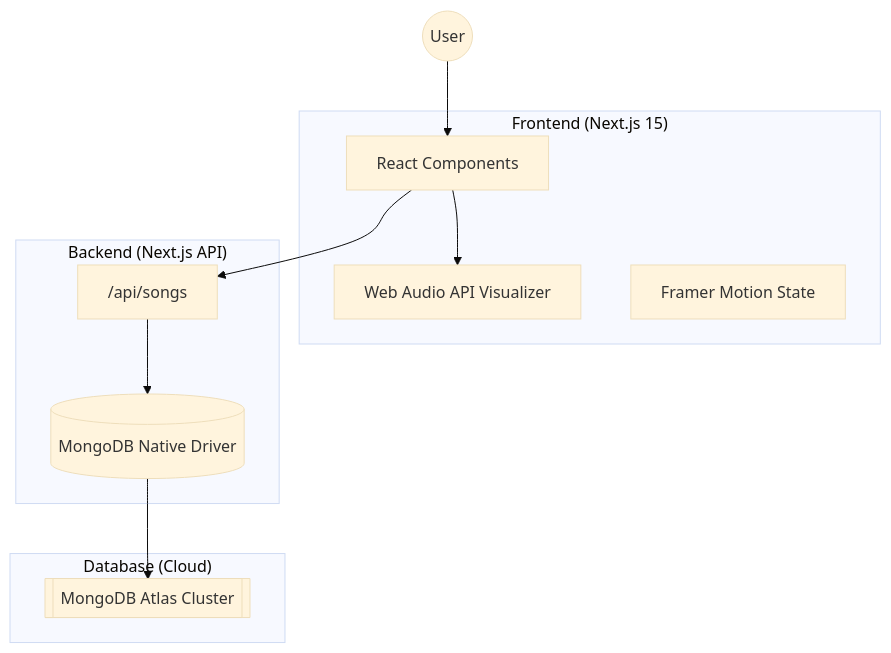
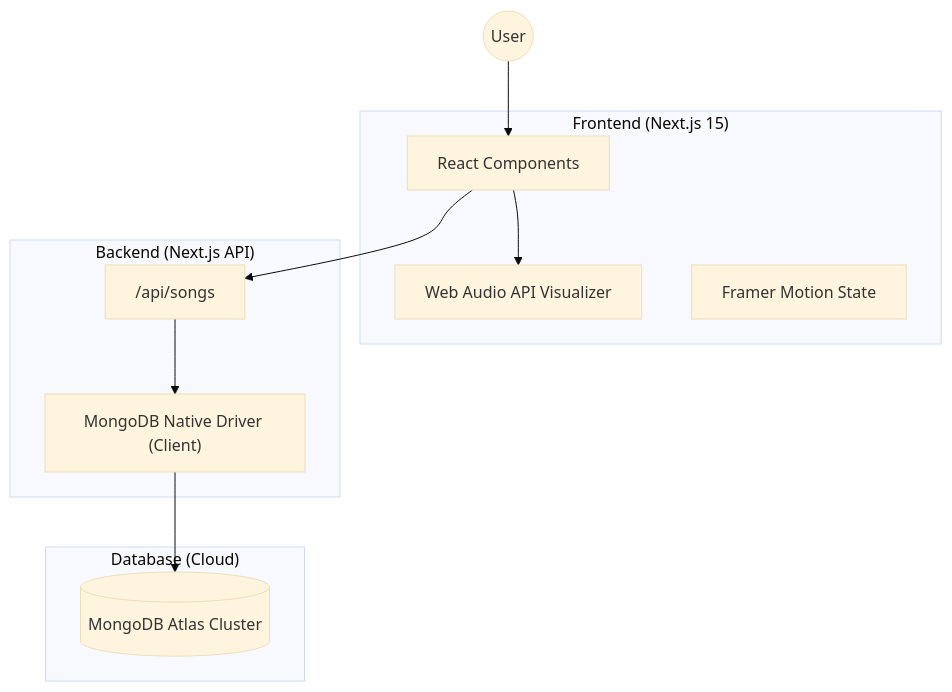
One commit to CodeWithBasu/RhythmX changed the diagram in README.md. Above: the diagram before and after it, drawn with Mermaid (base theme).

Commit message:
docs: use standard shapes and quotes in Mermaid diagram

````diff
--- a/README.md
+++ b/README.md
@@ -21,25 +21,25 @@
 ```mermaid
 graph TD
     User((User))
 
     subgraph "Frontend (Next.js 15)"
-        UI[React Components]
-        Visualizer[Web Audio API Visualizer]
-        State[Framer Motion State]
+        UI["React Components"]
+        Visualizer["Web Audio API Visualizer"]
+        State["Framer Motion State"]
     end
 
     subgraph "Backend (Next.js API)"
         API["/api/songs"]
-        MongoClient[(MongoDB Native Driver)]
+        MongoClient["MongoDB Native Driver (Client)"]
     end
 
     subgraph "Database (Cloud)"
-        Atlas[[MongoDB Atlas Cluster]]
+        Atlas[("MongoDB Atlas Cluster")]
     end
 
     User --> UI
     UI --> Visualizer
     UI --> API
     API --> MongoClient
     MongoClient --> Atlas
 ```
````
